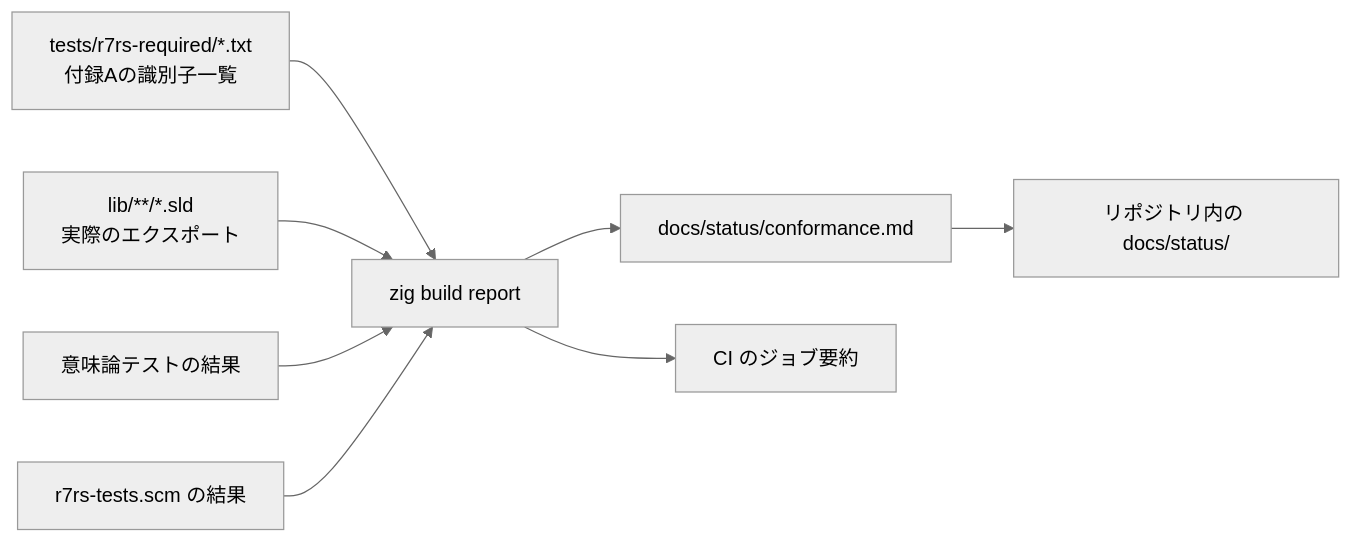
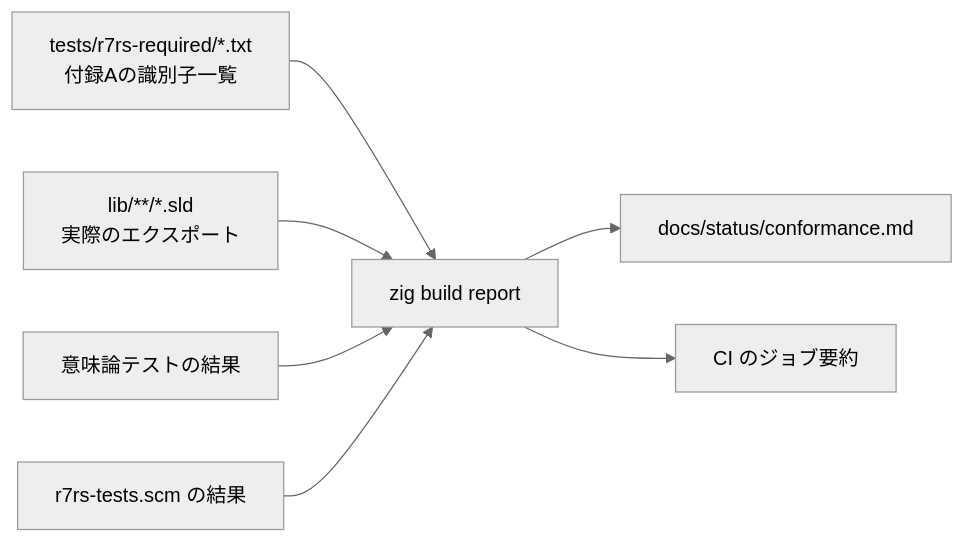
Before and after one commit to suchi/sucheme-zig: the diagram in docs/design/r7rs-coverage.md, drawn with Mermaid (neutral theme). The commit also changed other lines of this file and 6 other files, not shown here.

First line of the commit message:
docs: complete the private-repository consequences and drop stale references

````diff
--- a/docs/design/r7rs-coverage.md
+++ b/docs/design/r7rs-coverage.md
@@ -85,10 +85,9 @@
 ```mermaid
 flowchart LR
     req["tests/r7rs-required/*.txt<br/>付録Aの識別子一覧"] --> report
     libs["lib/**/*.sld<br/>実際のエクスポート"] --> report
     sem["意味論テストの結果"] --> report
     vendor["r7rs-tests.scm の結果"] --> report
     report["zig build report"] --> status["docs/status/conformance.md"]
     report --> summary["CI のジョブ要約"]
-    status --> publish["リポジトリ内の docs/status/"]
 ```
````
